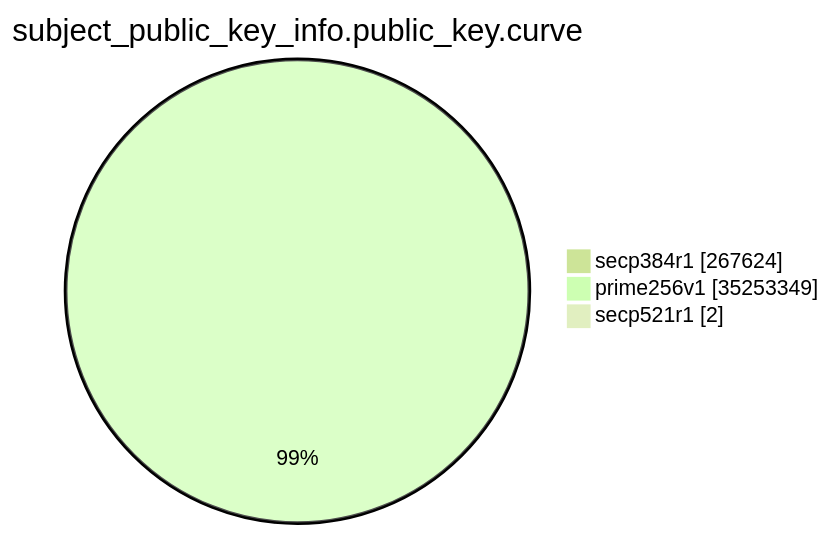
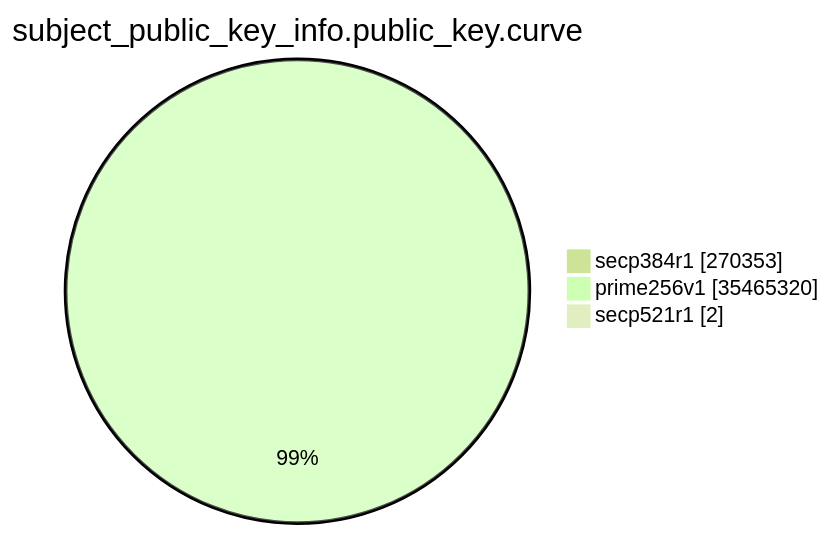
Before and after one commit to christiankrug/ctmonitor_visualization: the eighth of 15 diagrams in argon2023/README.md, drawn with Mermaid (forest theme). The commit also changed other lines of this file, not shown here.

````diff
--- a/argon2023/README.md
+++ b/argon2023/README.md
@@ -2154,7 +2156,7 @@
 ```mermaid
 pie showData
 title subject_public_key_info.public_key.curve
-"secp384r1" :267624
-"prime256v1" :35253349
+"secp384r1" :270353
+"prime256v1" :35465320
 "secp521r1" :2
 ```
````
